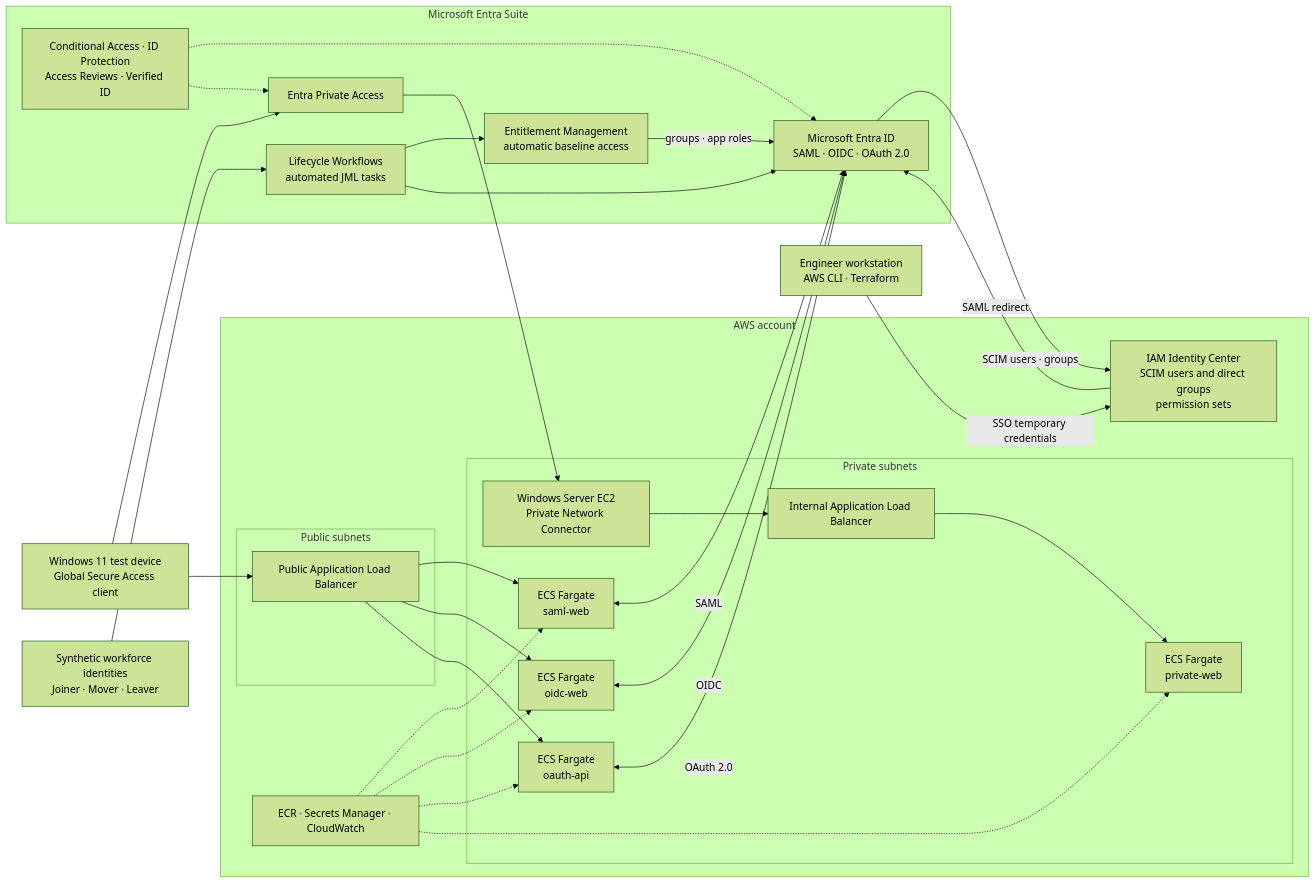
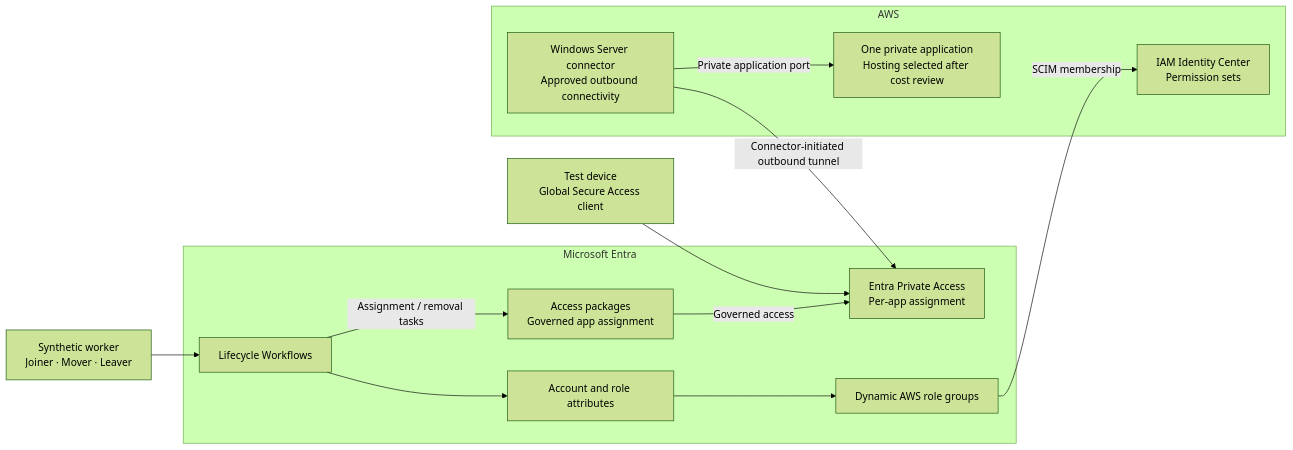
The diagram in README.md (sindredg/cross-cloud-entra-aws), drawn with Mermaid (forest theme) before and after one commit. The commit also changed other lines of this file and 1 other file, not shown here.

````diff
--- a/README.md
+++ b/README.md
@@ -7,61 +15,29 @@
 ```mermaid
 flowchart LR
-    Client["Windows 11 test device<br/>Global Secure Access client"]
-    Operator["Engineer workstation<br/>AWS CLI · Terraform"]
-    Personas["Synthetic workforce identities<br/>Joiner · Mover · Leaver"]
+    Worker["Synthetic worker<br/>Joiner · Mover · Leaver"]
+    Client["Test device<br/>Global Secure Access client"]
 
-    subgraph Entra["Microsoft Entra Suite"]
-        Lifecycle["Lifecycle Workflows<br/>automated JML tasks"]
-        Entitlements["Entitlement Management<br/>automatic baseline access"]
-        EntraID["Microsoft Entra ID<br/>SAML · OIDC · OAuth 2.0"]
-        PrivateAccess["Entra Private Access"]
-        Controls["Conditional Access · ID Protection<br/>Access Reviews · Verified ID"]
+    subgraph Entra["Microsoft Entra"]
+        Lifecycle["Lifecycle Workflows"]
+        Attributes["Account and role attributes"]
+        Groups["Dynamic AWS role groups"]
+        Packages["Access packages<br/>Governed app assignment"]
+        PrivateAccess["Entra Private Access<br/>Per-app assignment"]
     end
 
-    subgraph AWS["AWS account"]
-        IdentityCenter["IAM Identity Center<br/>SCIM users and direct groups<br/>permission sets"]
-
-        subgraph Public["Public subnets"]
-            PublicALB["Public Application Load Balancer"]
-        end
-
-        subgraph Private["Private subnets"]
-            SAML["ECS Fargate<br/>saml-web"]
-            OIDC["ECS Fargate<br/>oidc-web"]
-            API["ECS Fargate<br/>oauth-api"]
-            Connector["Windows Server EC2<br/>Private Network Connector"]
-            InternalALB["Internal Application Load Balancer"]
-            PrivateWeb["ECS Fargate<br/>private-web"]
-        end
-
-        Platform["ECR · Secrets Manager · CloudWatch"]
+    subgraph AWS["AWS"]
+        IdentityCenter["IAM Identity Center<br/>Permission sets"]
+        Connector["Windows Server connector<br/>Approved outbound connectivity"]
+        Target["One private application<br/>Hosting selected after cost review"]
     end
 
-    Personas --> Lifecycle
-    Lifecycle --> Entitlements
-    Lifecycle --> EntraID
-    Entitlements -->|"groups · app roles"| EntraID
-    EntraID -->|"SCIM users · groups"| IdentityCenter
-    IdentityCenter -->|"SAML redirect"| EntraID
-    Operator -->|"SSO temporary credentials"| IdentityCenter
-
-    Client --> PublicALB
-    PublicALB --> SAML
-    PublicALB --> OIDC
-    PublicALB --> API
-    SAML <-->|"SAML"| EntraID
-    OIDC <-->|"OIDC"| EntraID
-    API <-->|"OAuth 2.0"| EntraID
-
+    Worker --> Lifecycle
+    Lifecycle --> Attributes
+    Attributes --> Groups
+    Groups -->|"SCIM membership"| IdentityCenter
+    Lifecycle -->|"Assignment / removal tasks"| Packages
+    Packages -->|"Governed access"| PrivateAccess
     Client --> PrivateAccess
-    PrivateAccess --> Connector
-    Connector --> InternalALB
-    InternalALB --> PrivateWeb
-
-    Controls -.-> EntraID
-    Controls -.-> PrivateAccess
-    Platform -.-> SAML
-    Platform -.-> OIDC
-    Platform -.-> API
-    Platform -.-> PrivateWeb
+    Connector -->|"Connector-initiated outbound tunnel"| PrivateAccess
+    Connector -->|"Private application port"| Target
 ```
````
